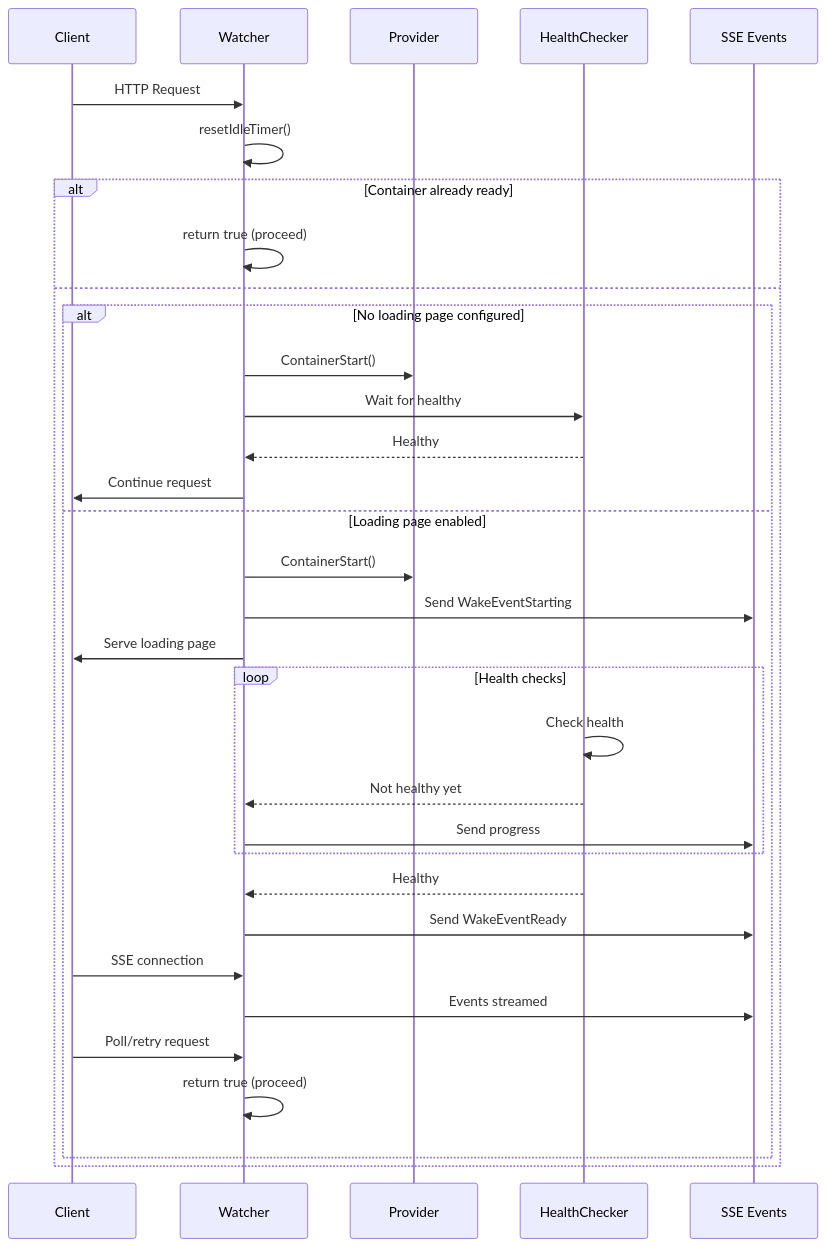
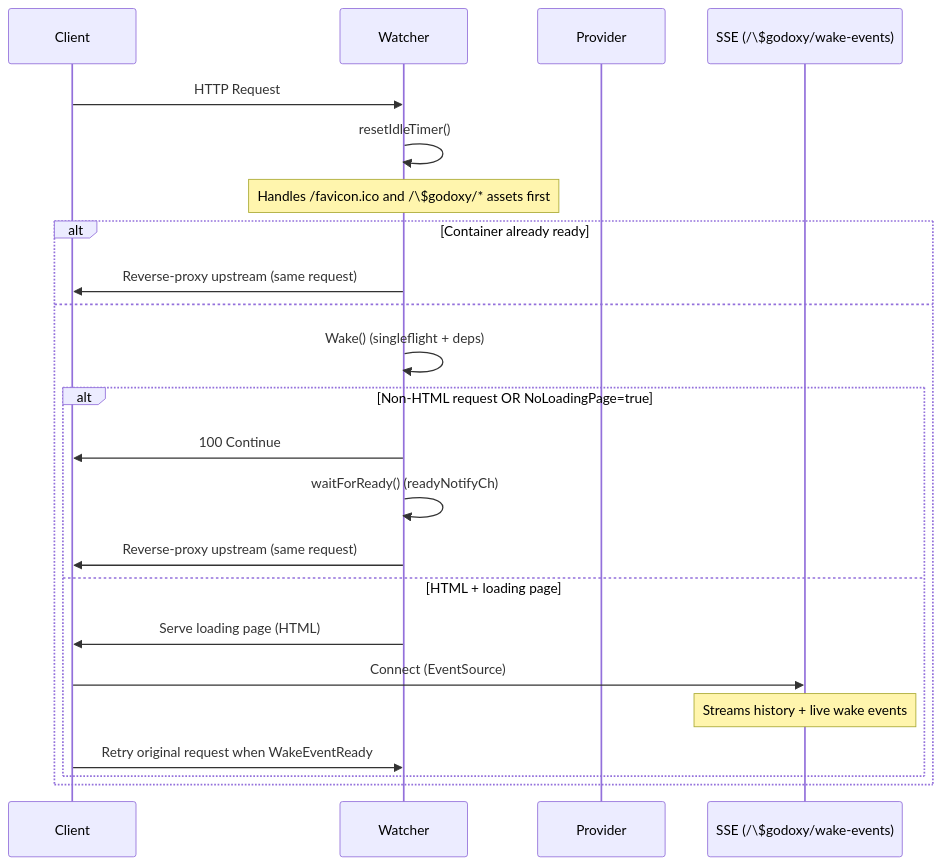
The fifth of 11 diagrams in internal/idlewatcher/README.md (yusing/godoxy), drawn with Mermaid before and after one commit. The commit also changed other lines of this file, not shown here.

First line of the commit message:
docs(idlewatcher): update README to include loading page and SSE endpoint details

````diff
--- a/internal/idlewatcher/README.md
+++ b/internal/idlewatcher/README.md
@@ -152,36 +174,28 @@
 ```mermaid
 sequenceDiagram
     participant C as Client
     participant W as Watcher
     participant P as Provider
-    participant H as HealthChecker
-    participant SSE as SSE Events
+    participant SSE as SSE (/\$godoxy/wake-events)
 
     C->>W: HTTP Request
     W->>W: resetIdleTimer()
+    Note over W: Handles /favicon.ico and /\$godoxy/* assets first
+
     alt Container already ready
-        W->>W: return true (proceed)
+        W->>C: Reverse-proxy upstream (same request)
     else
-        alt No loading page configured
-            W->>P: ContainerStart()
-            W->>H: Wait for healthy
-            H-->>W: Healthy
-            W->>C: Continue request
-        else Loading page enabled
-            W->>P: ContainerStart()
-            W->>SSE: Send WakeEventStarting
-            W->>C: Serve loading page
-            loop Health checks
-                H->>H: Check health
-                H-->>W: Not healthy yet
-                W->>SSE: Send progress
-            end
-            H-->>W: Healthy
-            W->>SSE: Send WakeEventReady
-            C->>W: SSE connection
-            W->>SSE: Events streamed
-            C->>W: Poll/retry request
-            W->>W: return true (proceed)
+        W->>W: Wake() (singleflight + deps)
+
+        alt Non-HTML request OR NoLoadingPage=true
+            W->>C: 100 Continue
+            W->>W: waitForReady() (readyNotifyCh)
+            W->>C: Reverse-proxy upstream (same request)
+        else HTML + loading page
+            W->>C: Serve loading page (HTML)
+            C->>SSE: Connect (EventSource)
+            Note over SSE: Streams history + live wake events
+            C->>W: Retry original request when WakeEventReady
         end
     end
 ```
````
